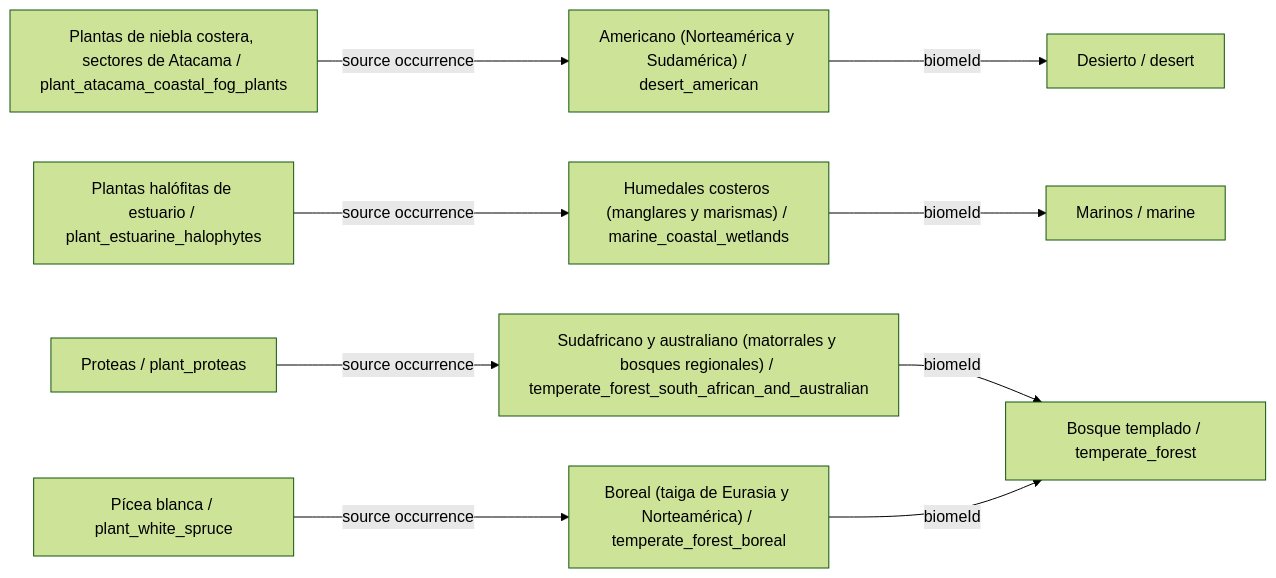
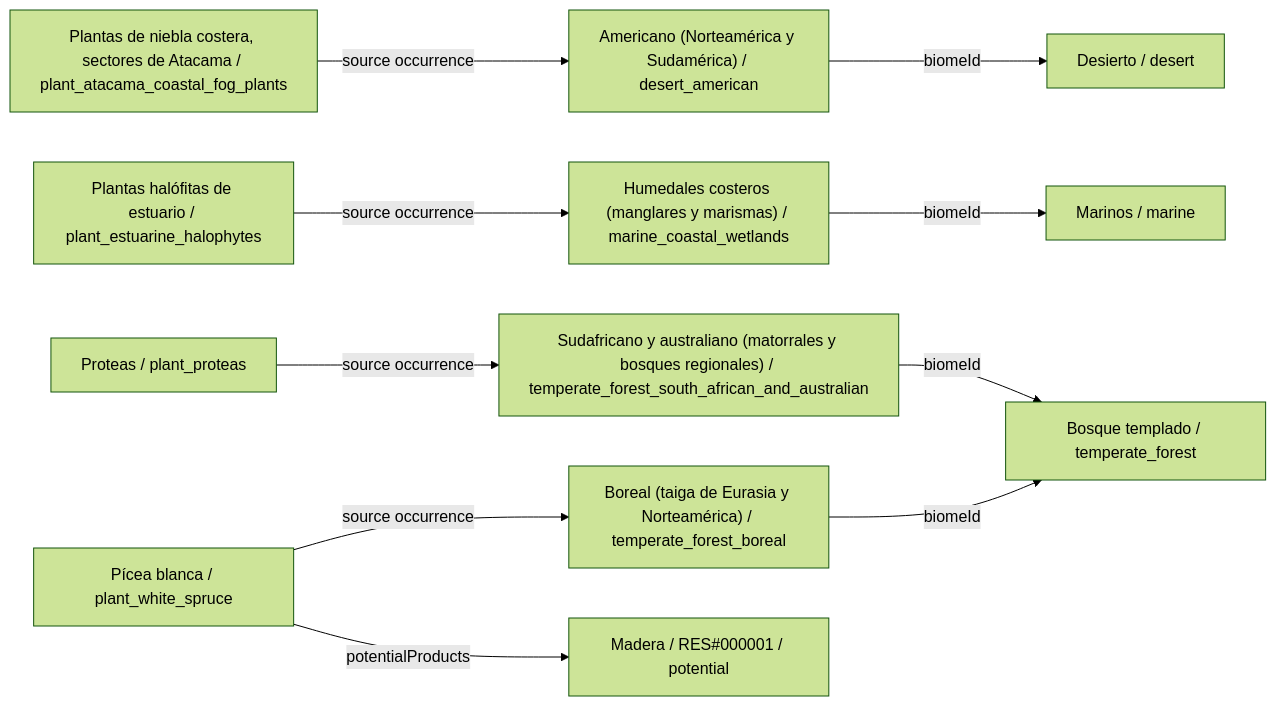
Before and after one commit to fgabo404/EvolveDoc: diagram 25 of 39 in data/plants/DIAGRAMS.es.md, drawn with Mermaid (forest theme). The commit also changed other lines of this file and 50 other files, not shown here.

````diff
--- a/data/plants/DIAGRAMS.es.md
+++ b/data/plants/DIAGRAMS.es.md
@@ -748,22 +770,24 @@
 ```mermaid
 flowchart LR
     c0["Plantas de niebla costera, sectores de Atacama / plant_atacama_coastal_fog_plants"]
     v15["Americano (Norteamérica y Sudamérica) / desert_american"]
     b4["Desierto / desert"]
     c1["Plantas halófitas de estuario / plant_estuarine_halophytes"]
     v22["Humedales costeros (manglares y marismas) / marine_coastal_wetlands"]
     b5["Marinos / marine"]
     c2["Proteas / plant_proteas"]
     v6["Sudafricano y australiano (matorrales y bosques regionales) / temperate_forest_south_african_and_australian"]
     b1["Bosque templado / temperate_forest"]
     c3["Pícea blanca / plant_white_spruce"]
     v7["Boreal (taiga de Eurasia y Norteamérica) / temperate_forest_boreal"]
+    o3_0["Madera / RES#000001 / potential"]
     c0 -->|source occurrence| v15
     c1 -->|source occurrence| v22
     c2 -->|source occurrence| v6
+    c3 -->|potentialProducts| o3_0
     c3 -->|source occurrence| v7
     v15 -->|biomeId| b4
     v22 -->|biomeId| b5
     v6 -->|biomeId| b1
     v7 -->|biomeId| b1
 ```
````
